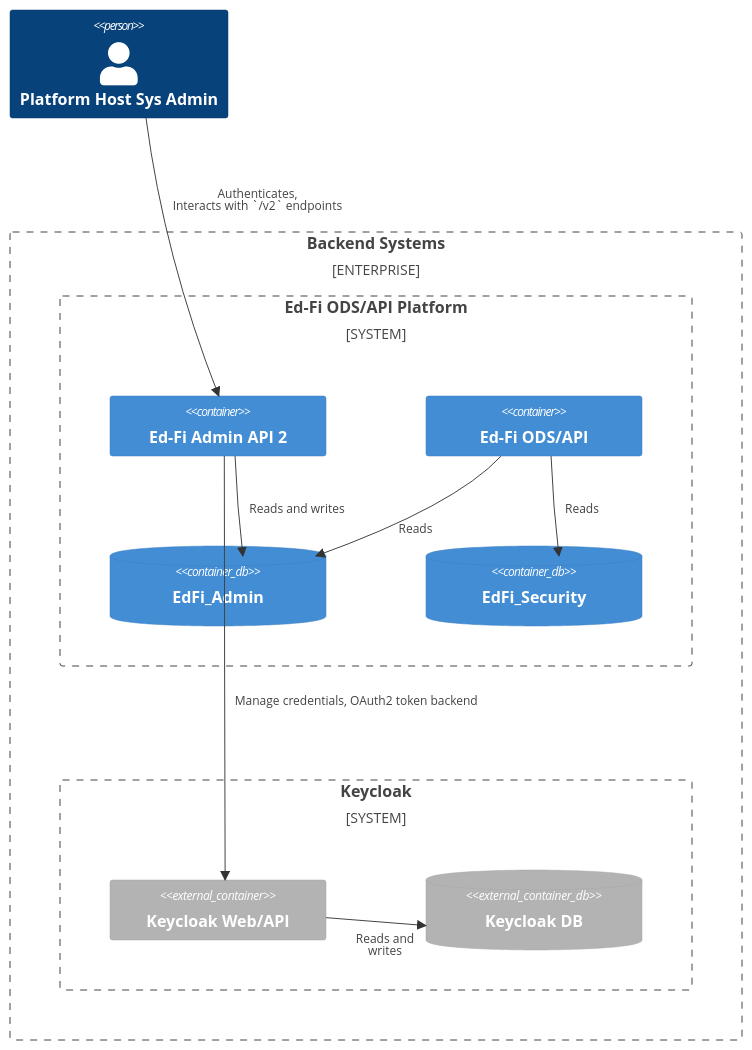
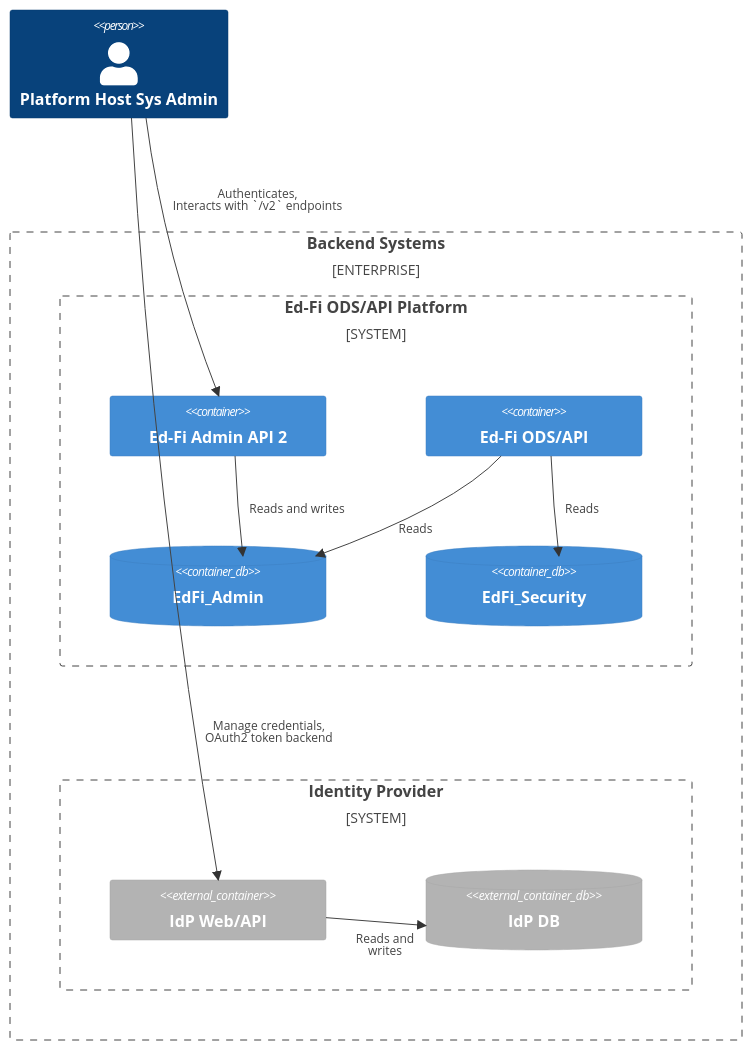
The fourth of 5 diagrams in docs/design/auth/README.md (Ed-Fi-Alliance-OSS/AdminAPI-2.x), drawn with Mermaid before and after one commit. The commit also changed other lines of this file, not shown here.

````diff
--- a/docs/design/auth/README.md
+++ b/docs/design/auth/README.md
@@ -101,42 +119,41 @@
 ```mermaid
 C4Container
     Person(SysAdmin, "Platform Host Sys Admin")
-
 
     Enterprise_Boundary(backend, "Backend Systems") {
 
         System_Boundary(platform, "Ed-Fi ODS/API Platform") {
             Container(AdminApi, "Ed-Fi Admin API 2")
 
             Container(OdsApi, "Ed-Fi ODS/API")
             
             ContainerDb(Admin, "EdFi_Admin")
             ContainerDb(Security, "EdFi_Security")
         }
 
-        System_Boundary(keycloakBoundary, "Keycloak") {
-            Container_Ext(KeycloakWeb, "Keycloak Web/API")
-            ContainerDb_Ext(KeycloakDb, "Keycloak DB")
+        System_Boundary(keycloakBoundary, "Identity Provider") {
+            Container_Ext(IdpWeb, "IdP Web/API")
+            ContainerDb_Ext(IdpDb, "IdP DB")
 
-            Rel(KeycloakWeb, KeycloakDb, "Reads and<br />writes")
-            UpdateRelStyle(KeycloakWeb, KeycloakDb, $offsetX="-20", $offsetY="20")
+            Rel(IdpWeb, IdpDb, "Reads and<br />writes")
+            UpdateRelStyle(IdpWeb, IdpDb, $offsetX="-20", $offsetY="20")
         }
         
         Rel(SysAdmin, AdminApi, "Authenticates,<br />Interacts with `/v2` endpoints")
         UpdateRelStyle(SysAdmin, AdminApi, $offsetX="-10", $offsetY="-60")
         
         Rel(AdminApi, Admin, "Reads and writes")
         UpdateRelStyle(AdminApi, Admin, $offsetY="0", $offsetX="10")
 
         Rel(OdsApi, Admin, "Reads")
         UpdateRelStyle(OdsApi, Admin, $offsetY="20", $offsetX="-10")
 
         Rel(OdsApi, Security, "Reads")
         UpdateRelStyle(OdsApi, Security, $offsetY="0", $offsetX="10")
 
-        Rel(AdminApi, KeycloakWeb, "Manage credentials, OAuth2 token backend")
-        UpdateRelStyle(AdminApi, KeycloakWeb, $offsetX="10", $offsetY="30")
+        Rel(SysAdmin, IdpWeb, "Manage credentials,<br />OAuth2 token backend")
+        UpdateRelStyle(SysAdmin, IdpWeb, $offsetX="30", $offsetY="230")
     }
 
     UpdateLayoutConfig($c4ShapeInRow="2", $c4BoundaryInRow="1")
 ```
````
